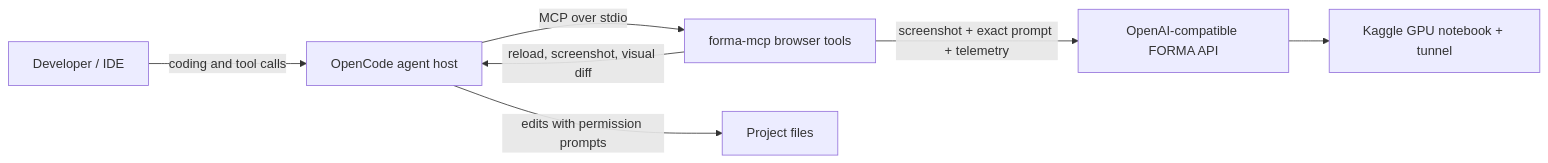
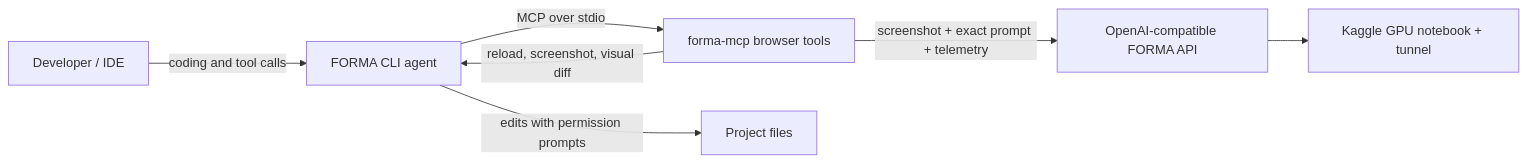
One commit to EgoisticCoder/Forma changed the diagram in README.md. Above: the diagram before and after it, drawn with Mermaid. The commit also changed other lines of this file and 9 other files, not shown here.

Commit message:
Build standalone FORMA agent and prepare npm packages

````diff
--- a/README.md
+++ b/README.md
@@ -22,9 +22,9 @@
 ```mermaid
 flowchart LR
-  A[Developer / IDE] -->|coding and tool calls| B[OpenCode agent host]
+  A[Developer / IDE] -->|coding and tool calls| B[FORMA CLI agent]
   B -->|MCP over stdio| C[forma-mcp browser tools]
   C -->|screenshot + exact prompt + telemetry| D[OpenAI-compatible FORMA API]
   D --> E[Kaggle GPU notebook + tunnel]
   B -->|edits with permission prompts| F[Project files]
   C -->|reload, screenshot, visual diff| B
 ```
````
